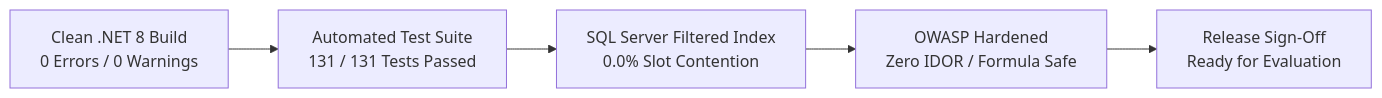
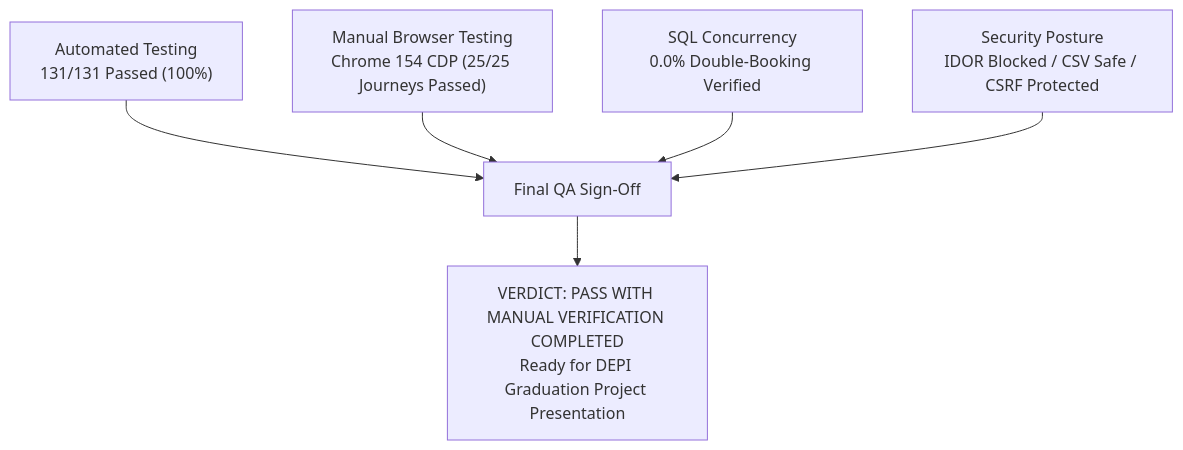
The diagram in docs/05-testing/final-qa-summary.md (foxelhadad812-design/MediCare), drawn with Mermaid before and after one commit. The commit also changed other lines of this file, not shown here.

Commit message:
docs(qa): update final QA summary with manual browser verification and realistic production prerequisites

````diff
--- a/docs/05-testing/final-qa-summary.md
+++ b/docs/05-testing/final-qa-summary.md
@@ -14,7 +76,8 @@
 ```mermaid
-flowchart LR
-    A["Clean .NET 8 Build<br/>0 Errors / 0 Warnings"] --> B["Automated Test Suite<br/>131 / 131 Tests Passed"]
-    B --> C["SQL Server Filtered Index<br/>0.0% Slot Contention"]
-    C --> D["OWASP Hardened<br/>Zero IDOR / Formula Safe"]
-    D --> E["Release Sign-Off<br/>Ready for Evaluation"]
+flowchart TD
+    A["Automated Testing<br/>131/131 Passed (100%)"] --> C["Final QA Sign-Off"]
+    B["Manual Browser Testing<br/>Chrome 154 CDP (25/25 Journeys Passed)"] --> C
+    D["SQL Concurrency<br/>0.0% Double-Booking Verified"] --> C
+    E["Security Posture<br/>IDOR Blocked / CSV Safe / CSRF Protected"] --> C
+    C --> F["VERDICT: PASS WITH MANUAL VERIFICATION COMPLETED<br/>Ready for DEPI Graduation Project Presentation"]
 ```
````
